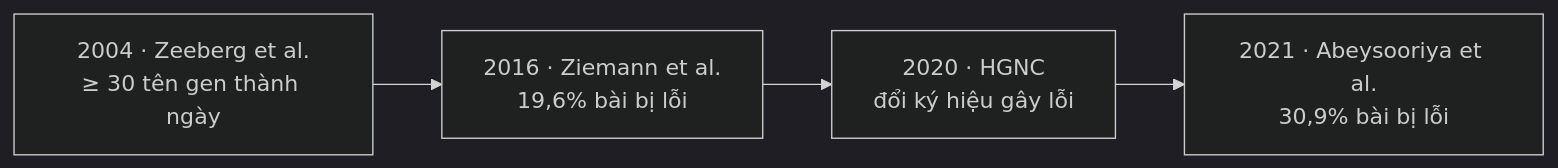
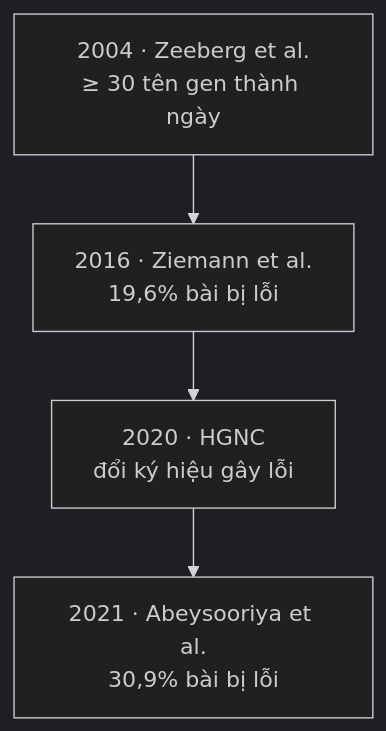
The third of 3 diagrams in src/content/blog/sinh-hoc/bioinformatics/b-data-science-and-bioinformatics/i-data-science/04-process-data-from-dirty-to-clean.md (Thu-Ha-Vault/portfolio-site), drawn with Mermaid (dark theme) before and after one commit. The commit also changed other lines of this file and 5 other files, not shown here.

````diff
--- a/src/content/blog/sinh-hoc/bioinformatics/b-data-science-and-bioinformatics/i-data-science/04-process-data-from-dirty-to-clean.md
+++ b/src/content/blog/sinh-hoc/bioinformatics/b-data-science-and-bioinformatics/i-data-science/04-process-data-from-dirty-to-clean.md
@@ -288,6 +346,6 @@
 ```mermaid
-flowchart LR
+flowchart TB
     A["2004 · Zeeberg et al.<br/>≥ 30 tên gen thành ngày"] --> B["2016 · Ziemann et al.<br/>19,6% bài bị lỗi"]
     B --> C["2020 · HGNC<br/>đổi ký hiệu gây lỗi"]
     C --> D["2021 · Abeysooriya et al.<br/>30,9% bài bị lỗi"]
 ```
````
